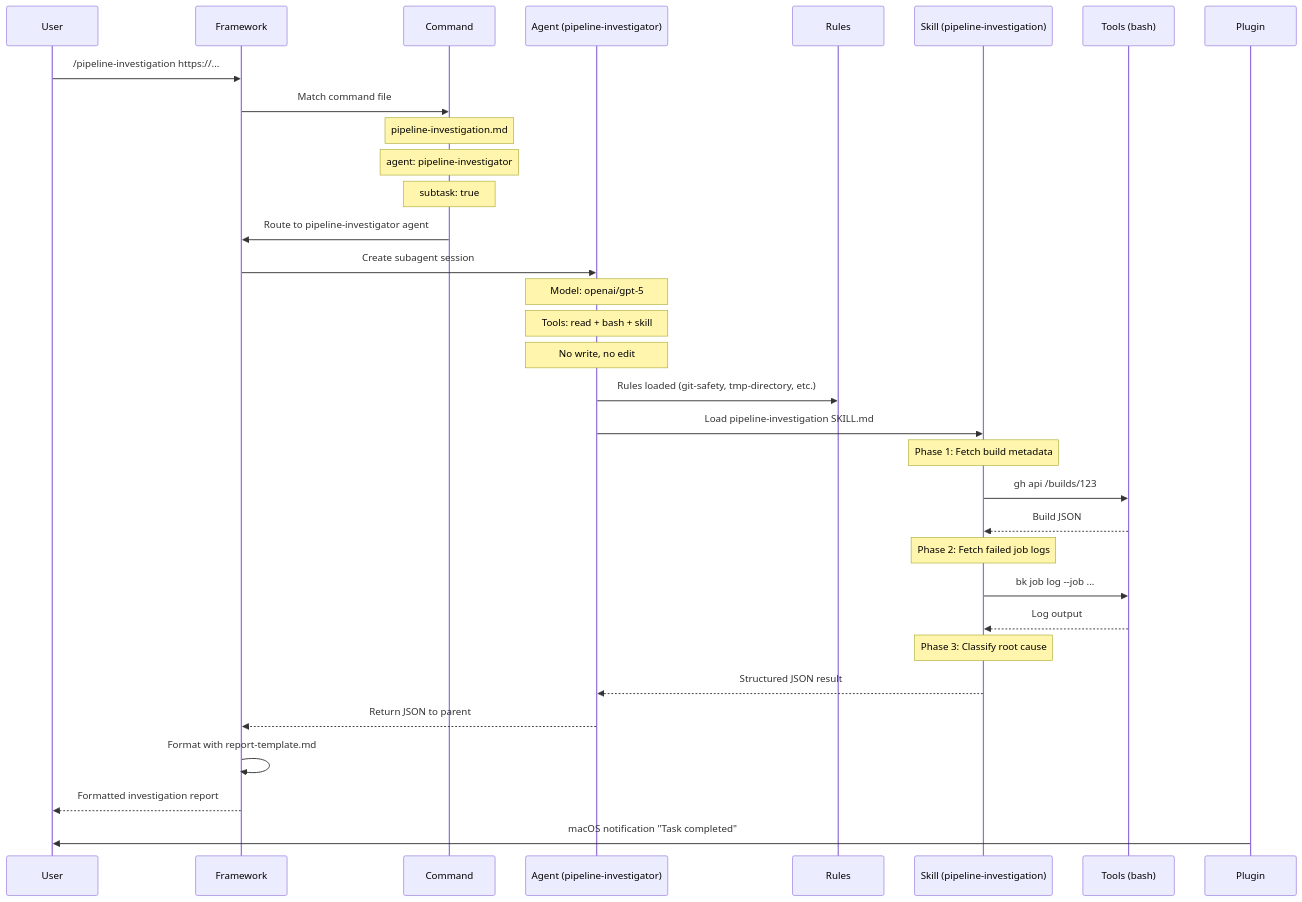
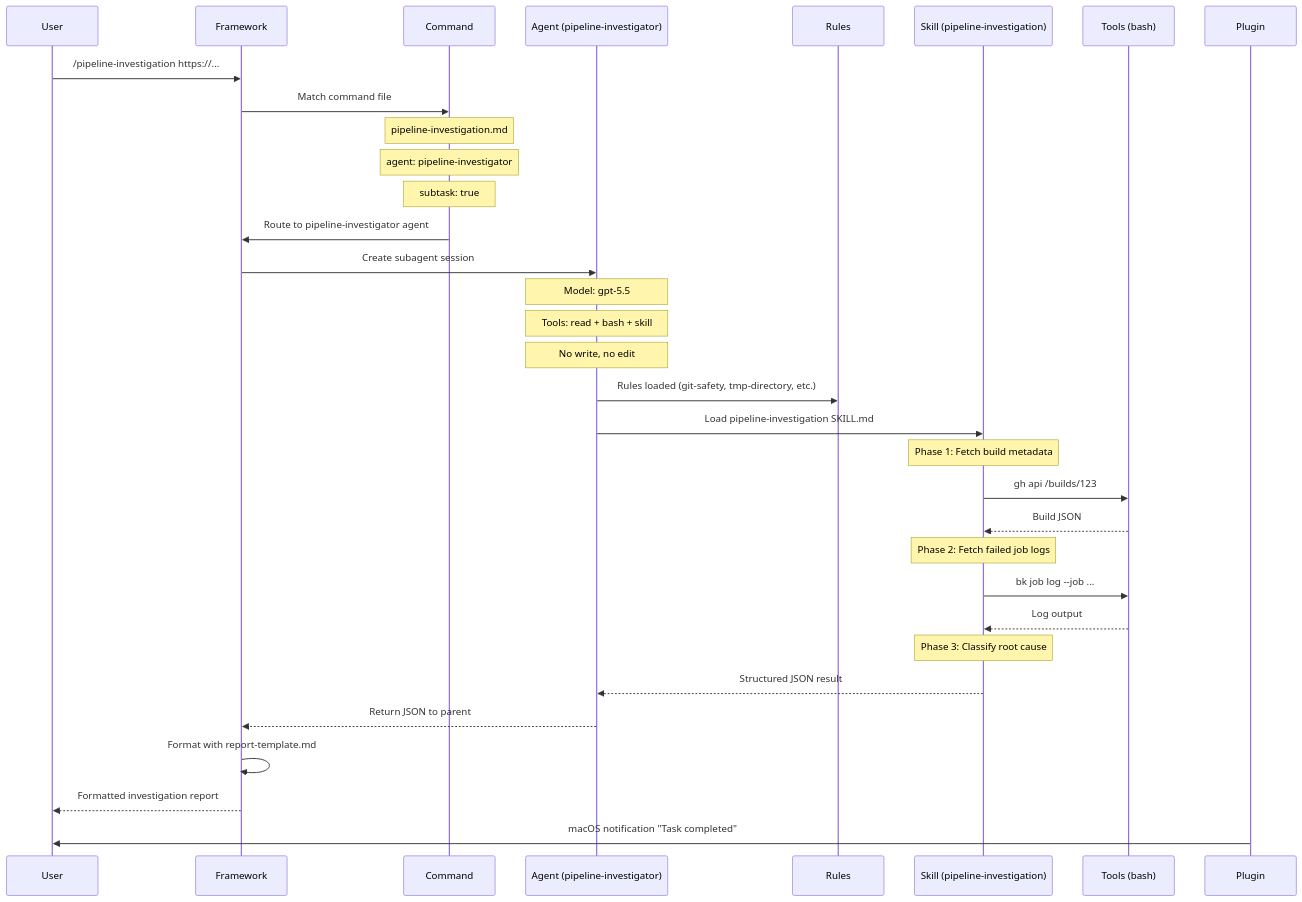
Before and after one commit to sean8601/mockserver-monorepo: the fifth of 5 diagrams in docs/operations/opencode-building-blocks.md, drawn with Mermaid. The commit also changed other lines of this file and 210 other files, not shown here.

````diff
--- a/docs/operations/opencode-building-blocks.md
+++ b/docs/operations/opencode-building-blocks.md
@@ -662,45 +652,45 @@
 ```mermaid
 sequenceDiagram
     participant U as User
     participant FW as Framework
     participant CMD as Command
     participant A as Agent (pipeline-investigator)
     participant R as Rules
     participant S as Skill (pipeline-investigation)
     participant T as Tools (bash)
     participant P as Plugin
 
     U->>FW: /pipeline-investigation https://...
     FW->>CMD: Match command file
 
     Note over CMD: pipeline-investigation.md
     Note over CMD: agent: pipeline-investigator
     Note over CMD: subtask: true
 
     CMD->>FW: Route to pipeline-investigator agent
     FW->>A: Create subagent session
 
-    Note over A: Model: openai/gpt-5
+    Note over A: Model: gpt-5.5
     Note over A: Tools: read + bash + skill
     Note over A: No write, no edit
 
     A->>R: Rules loaded (git-safety, tmp-directory, etc.)
     A->>S: Load pipeline-investigation SKILL.md
 
     Note over S: Phase 1: Fetch build metadata
     S->>T: gh api /builds/123
     T-->>S: Build JSON
 
     Note over S: Phase 2: Fetch failed job logs
     S->>T: bk job log --job ...
     T-->>S: Log output
 
     Note over S: Phase 3: Classify root cause
     S-->>A: Structured JSON result
 
     A-->>FW: Return JSON to parent
     FW->>FW: Format with report-template.md
     FW-->>U: Formatted investigation report
 
     P->>U: macOS notification "Task completed"
 ```
````
